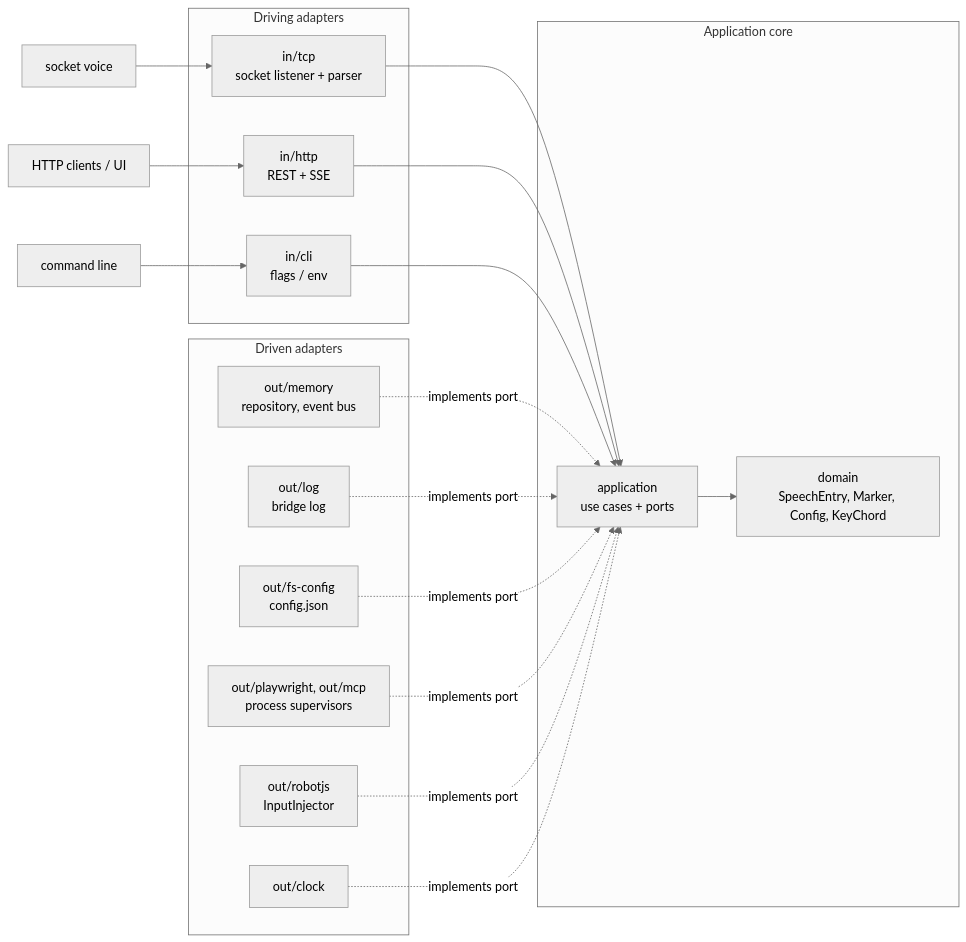
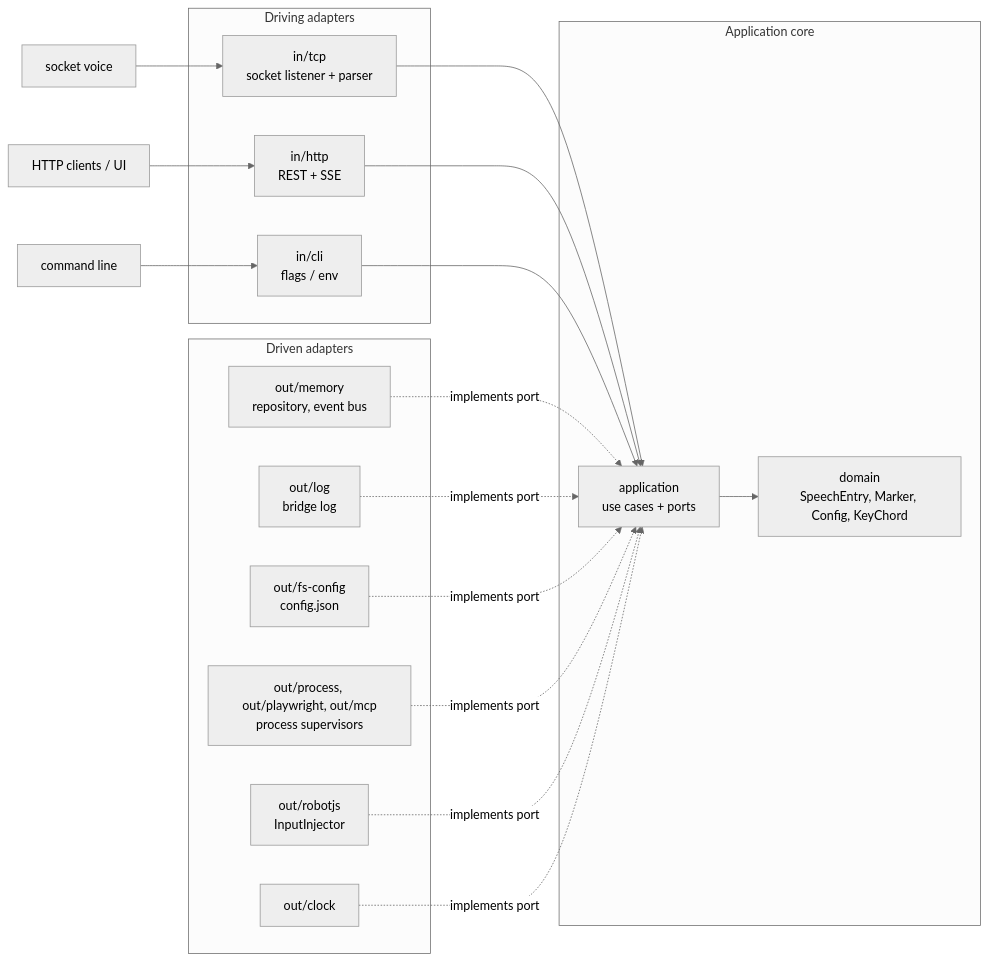
One commit to TimoSto/screenreader-speech-capture changed the diagram in docs/architecture.md. Above: the diagram before and after it, drawn with Mermaid (neutral theme). The commit also changed other lines of this file and 41 other files, not shown here.

````diff
--- a/docs/architecture.md
+++ b/docs/architecture.md
@@ -40,38 +40,38 @@
 ```mermaid
 flowchart LR
     subgraph IN["Driving adapters"]
         TCP["in/tcp<br/>socket listener + parser"]
         HTTP["in/http<br/>REST + SSE"]
         CLI["in/cli<br/>flags / env"]
     end
 
     subgraph CORE["Application core"]
         APP["application<br/>use cases + ports"]
         DOM["domain<br/>SpeechEntry, Marker, Config, KeyChord"]
         APP --> DOM
     end
 
     subgraph OUT["Driven adapters"]
         MEM["out/memory<br/>repository, event bus"]
         CFG["out/fs-config<br/>config.json"]
-        SUP["out/playwright, out/mcp<br/>process supervisors"]
+        SUP["out/process, out/playwright, out/mcp<br/>process supervisors"]
         ROBOT["out/robotjs<br/>InputInjector"]
         LOG["out/log<br/>bridge log"]
         CLK["out/clock"]
     end
 
     Voice["socket voice"] --> TCP
     Client["HTTP clients / UI"] --> HTTP
     User["command line"] --> CLI
 
     TCP --> APP
     HTTP --> APP
     CLI --> APP
 
     MEM -. implements port .-> APP
     LOG -. implements port .-> APP
     CFG -. implements port .-> APP
     SUP -. implements port .-> APP
     ROBOT -. implements port .-> APP
     CLK -. implements port .-> APP
 ```
````
